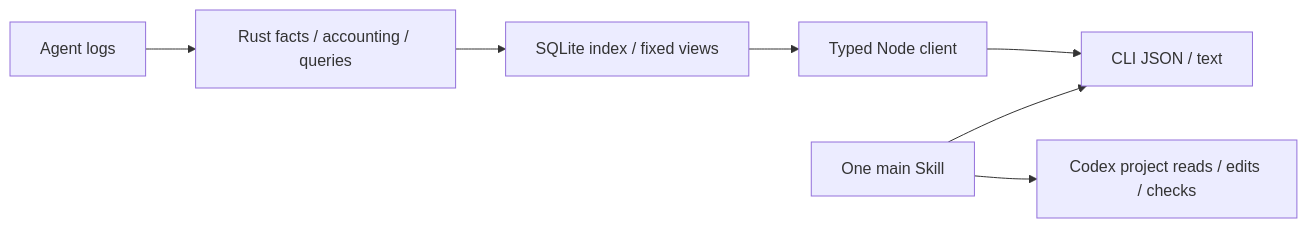
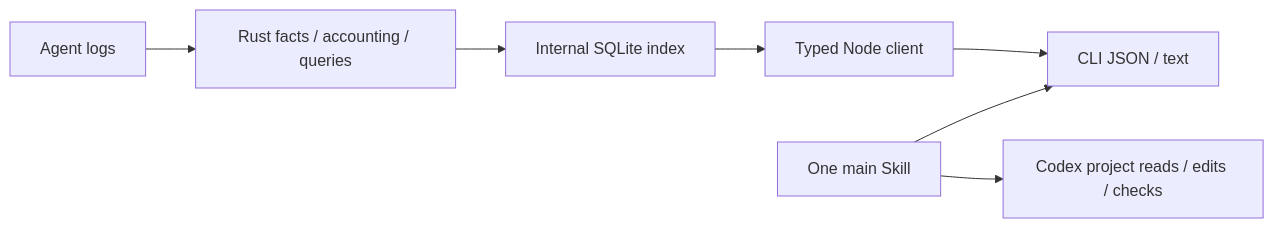
One commit to YannByte/wombat changed the first of 2 diagrams in docs/development/architecture.en.md. Above: the diagram before and after it, drawn with Mermaid. The commit also changed other lines of this file and 330 other files, not shown here.

````diff
--- a/docs/development/architecture.en.md
+++ b/docs/development/architecture.en.md
@@ -9,9 +9,9 @@
 ```mermaid
 flowchart LR
   L[Agent logs] --> R[Rust facts / accounting / queries]
-  R --> D[SQLite index / fixed views]
+  R --> D[Internal SQLite index]
   D --> N[Typed Node client]
   N --> C[CLI JSON / text]
   S[One main Skill] --> C
   S --> A[Codex project reads / edits / checks]
 ```
````
